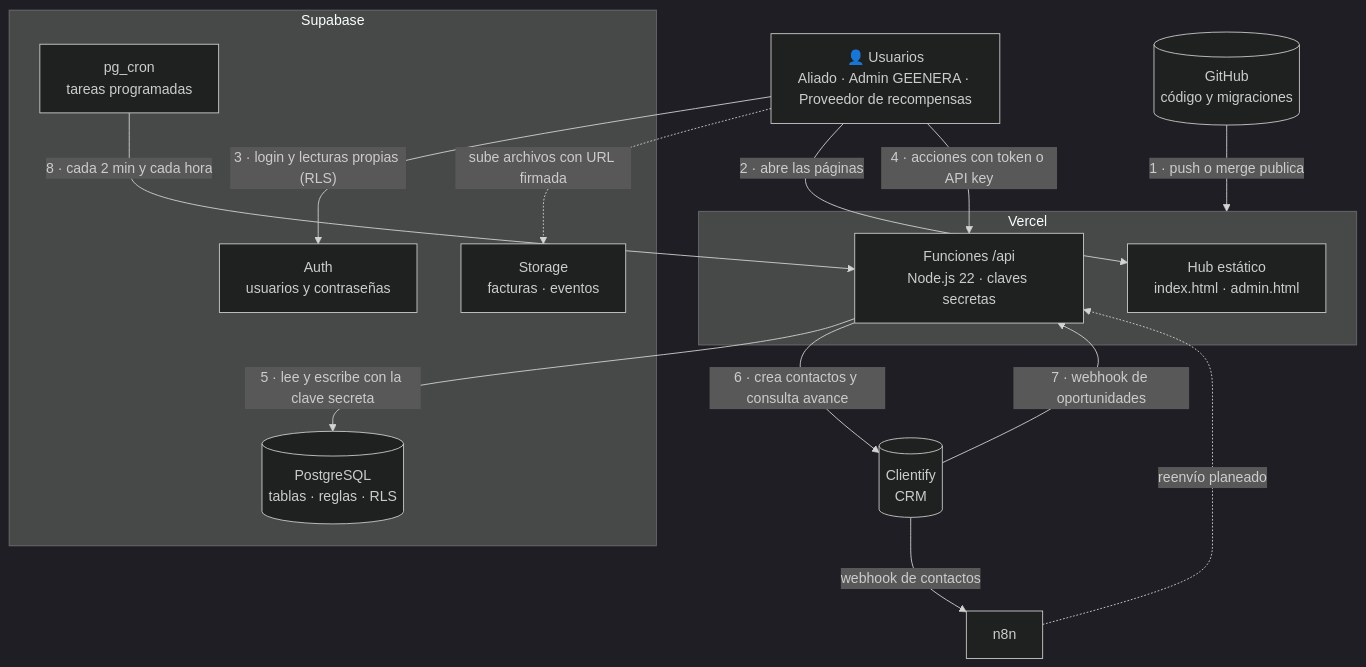
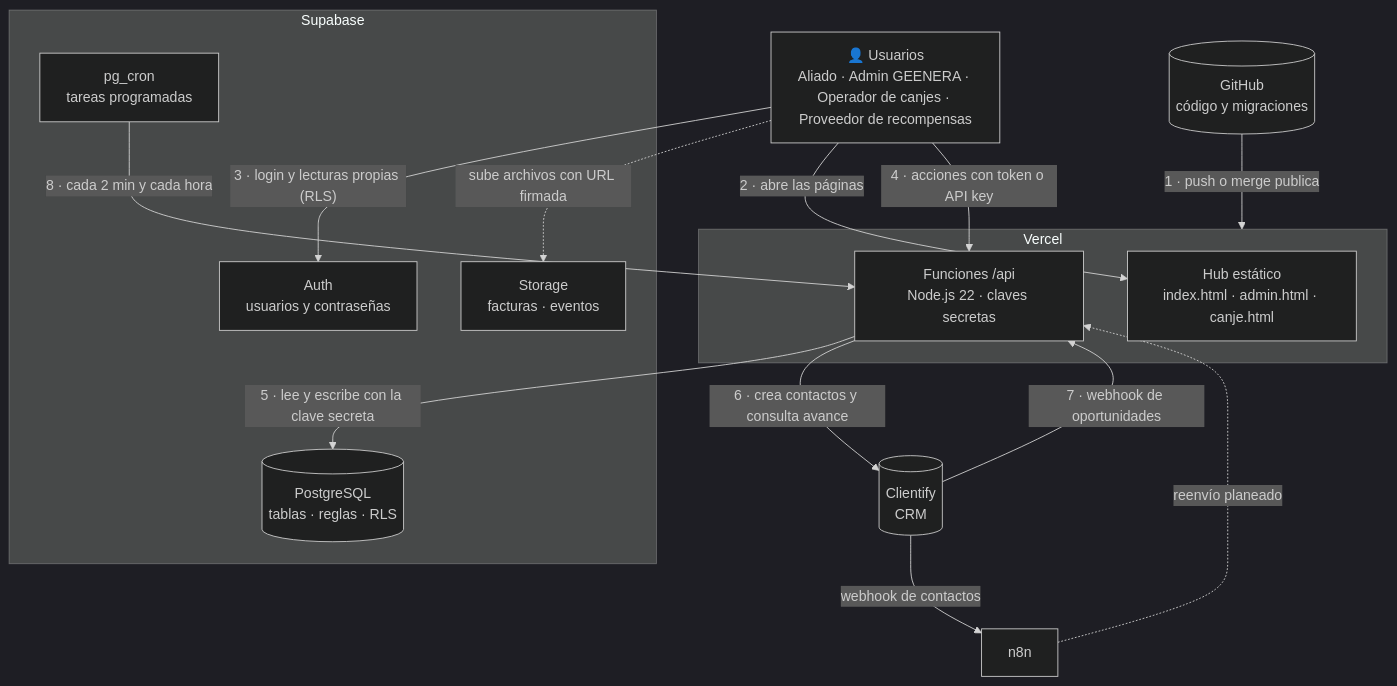
The first of 9 diagrams in docs/GUIA_HUB.md (jmanurodri04-glitch/Aliados-del-sol-hub), drawn with Mermaid (dark theme) before and after one commit. The commit also changed other lines of this file and 1 other file, not shown here.

````diff
--- a/docs/GUIA_HUB.md
+++ b/docs/GUIA_HUB.md
@@ -63,29 +63,29 @@
 ```mermaid
 flowchart TB
-  U["👤 Usuarios<br/>Aliado · Admin GEENERA · Proveedor de recompensas"]
+  U["👤 Usuarios<br/>Aliado · Admin GEENERA · Operador de canjes · Proveedor de recompensas"]
   subgraph VER["Vercel"]
-    H["Hub estático<br/>index.html · admin.html"]
+    H["Hub estático<br/>index.html · admin.html · canje.html"]
     F["Funciones /api<br/>Node.js 22 · claves secretas"]
   end
   subgraph SUP["Supabase"]
     AU["Auth<br/>usuarios y contraseñas"]
     DB[("PostgreSQL<br/>tablas · reglas · RLS")]
     ST["Storage<br/>facturas · eventos"]
     CR["pg_cron<br/>tareas programadas"]
   end
   CL[("Clientify<br/>CRM")]
   N8N["n8n"]
   G[("GitHub<br/>código y migraciones")]
 
   G -->|"1 · push o merge publica"| VER
   U -->|"2 · abre las páginas"| H
   U -->|"3 · login y lecturas propias (RLS)"| AU
   U -->|"4 · acciones con token o API key"| F
   F -->|"5 · lee y escribe con la clave secreta"| DB
   F -->|"6 · crea contactos y consulta avance"| CL
   CL -->|"7 · webhook de oportunidades"| F
   CL -->|"webhook de contactos"| N8N
   N8N -.->|"reenvío planeado"| F
   CR -->|"8 · cada 2 min y cada hora"| F
   U -.->|"sube archivos con URL firmada"| ST
 ```
````
